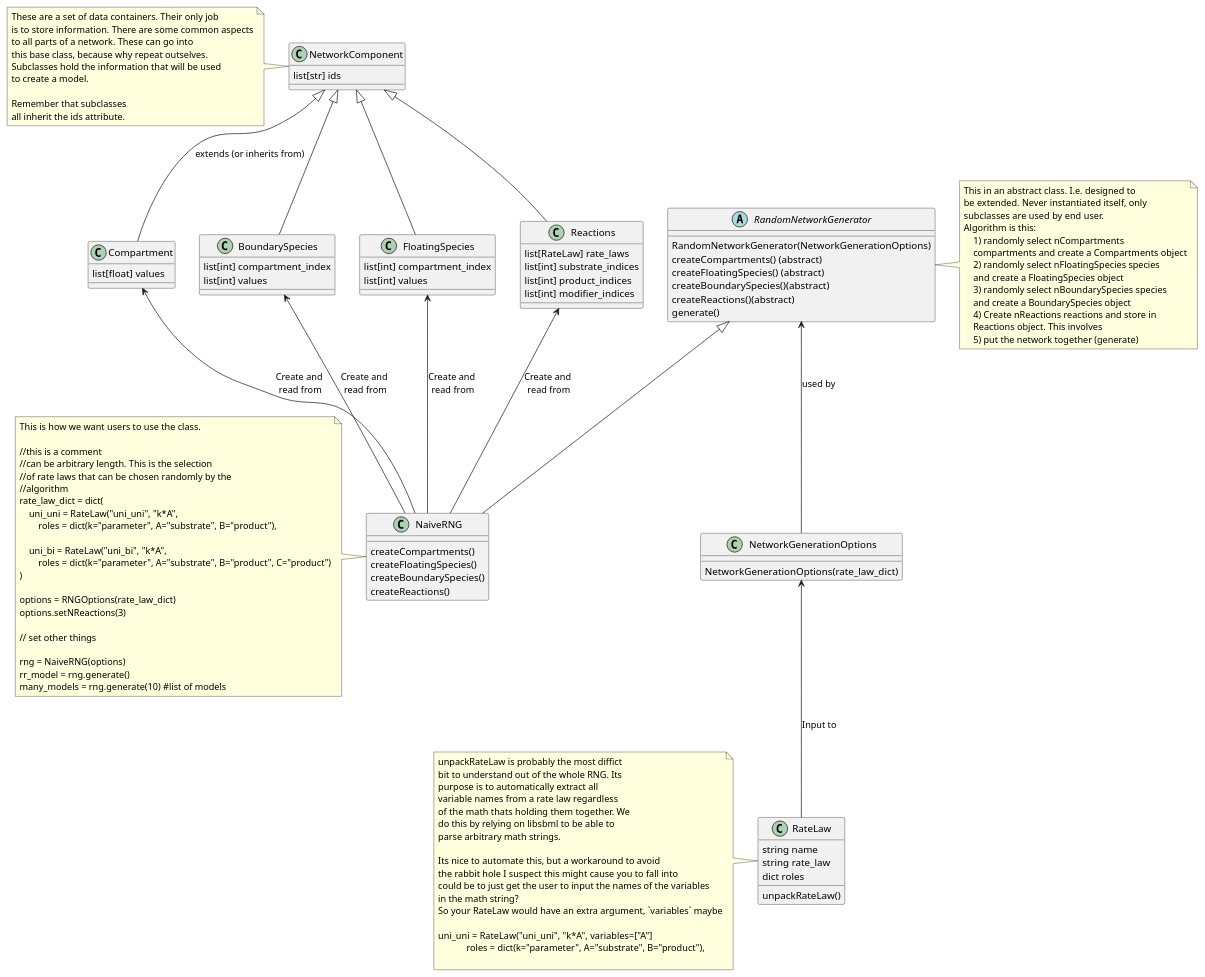
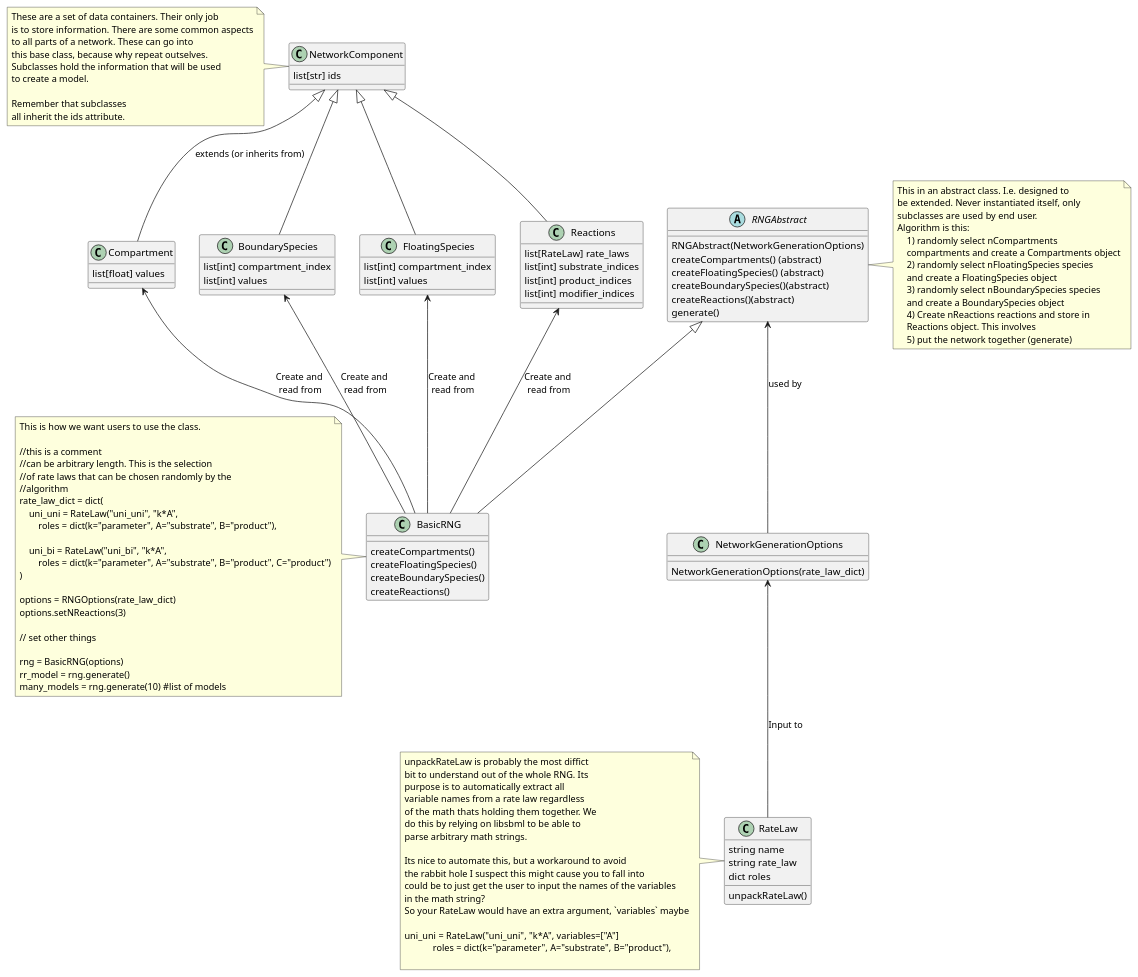
Before and after one commit to CiaranWelsh/EvoGym: the diagram in design/rng_design.puml, drawn with PlantUML. The commit also changed 47 other files, not shown here.

Commit message:
first implementation of random network generator complete. Pybind11 bindings and python tests are complete. Supported features include two random network generators, one that allows duplicate reactions and the other that does not

```diff
--- a/design/rng_design.puml
+++ b/design/rng_design.puml
@@ -1,177 +1,177 @@
 @startuml
 
 
 
 
 class NetworkComponent {
     list[str] ids
 }
 note left of NetworkComponent {
     These are a set of data containers. Their only job
     is to store information. There are some common aspects
     to all parts of a network. These can go into
     this base class, because why repeat outselves.
     Subclasses hold the information that will be used
     to create a model.
 
     Remember that subclasses
     all inherit the ids attribute.
 }
 
 class Compartment {
     list[float] values
 }
 
 class BoundarySpecies {
     list[int] compartment_index
     list[int] values
 }
 
 class FloatingSpecies{
     list[int] compartment_index
     list[int] values
 }
 
 class Reactions {
     list[RateLaw] rate_laws
     list[int] substrate_indices
     list[int] product_indices
     list[int] modifier_indices
 }
 
 NetworkComponent <|-- Compartment :extends (or inherits from)
 NetworkComponent <|-- BoundarySpecies
 NetworkComponent <|-- FloatingSpecies
 NetworkComponent <|-- Reactions
 
 class RateLaw {
     string name
     string rate_law
     dict roles
     unpackRateLaw()
 }
 
 note left of RateLaw {
     unpackRateLaw is probably the most diffict
     bit to understand out of the whole RNG. Its
     purpose is to automatically extract all
     variable names from a rate law regardless
     of the math thats holding them together. We
     do this by relying on libsbml to be able to
     parse arbitrary math strings.
 
     Its nice to automate this, but a workaround to avoid
     the rabbit hole I suspect this might cause you to fall into
     could be to just get the user to input the names of the variables
     in the math string?
     So your RateLaw would have an extra argument, `variables` maybe
 
     uni_uni = RateLaw("uni_uni", "k*A", variables=["A"]
                 roles = dict(k="parameter", A="substrate", B="product"),
 
 }
 
 class NetworkGenerationOptions {
     NetworkGenerationOptions(rate_law_dict)
 }
 
 NetworkGenerationOptions <-- RateLaw : Input to
 
-abstract class RandomNetworkGenerator{
-    RandomNetworkGenerator(NetworkGenerationOptions)
+abstract class RNGAbstract{
+    RNGAbstract(NetworkGenerationOptions)
     createCompartments() (abstract)
     createFloatingSpecies() (abstract)
     createBoundarySpecies()(abstract)
     createReactions()(abstract)
     generate()
 }
 
-RandomNetworkGenerator <-- NetworkGenerationOptions : used by
+RNGAbstract <-- NetworkGenerationOptions : used by
 
-note right of RandomNetworkGenerator {
+note right of RNGAbstract {
     This in an abstract class. I.e. designed to
     be extended. Never instantiated itself, only
     subclasses are used by end user.
     Algorithm is this:
         1) randomly select nCompartments
         compartments and create a Compartments object
         2) randomly select nFloatingSpecies species
         and create a FloatingSpecies object
         3) randomly select nBoundarySpecies species
         and create a BoundarySpecies object
         4) Create nReactions reactions and store in
         Reactions object. This involves
         5) put the network together (generate)
     }
 
-class NaiveRNG {
+class BasicRNG {
     createCompartments()
     createFloatingSpecies()
     createBoundarySpecies()
     createReactions()
 }
 
-RandomNetworkGenerator <|-- NaiveRNG
+RNGAbstract <|-- BasicRNG
 
-note left of NaiveRNG {
+note left of BasicRNG {
     This is how we want users to use the class.
 
     //this is a comment
     //can be arbitrary length. This is the selection
     //of rate laws that can be chosen randomly by the
     //algorithm
     rate_law_dict = dict(
         uni_uni = RateLaw("uni_uni", "k*A",
             roles = dict(k="parameter", A="substrate", B="product"),
 
         uni_bi = RateLaw("uni_bi", "k*A",
             roles = dict(k="parameter", A="substrate", B="product", C="product")
     )
 
     options = RNGOptions(rate_law_dict)
     options.setNReactions(3)
 
     // set other things
 
-    rng = NaiveRNG(options)
+    rng = BasicRNG(options)
     rr_model = rng.generate()
     many_models = rng.generate(10) #list of models
 }
 
-Compartment <-- NaiveRNG : Create and\n read from
+Compartment <-- BasicRNG : Create and\n read from
 
 
-BoundarySpecies <-- NaiveRNG : Create and\n read from
+BoundarySpecies <-- BasicRNG : Create and\n read from
 
 
-FloatingSpecies <-- NaiveRNG : Create and\n read from
+FloatingSpecies <-- BasicRNG : Create and\n read from
 
 
-Reactions <-- NaiveRNG : Create and\n read from
+Reactions <-- BasicRNG : Create and\n read from
 
 
 'abstract class AbstractList
 'abstract AbstractCollection
 'interface List
 'interface Collection
 '
 'List <|-- AbstractList
 'Collection <|-- AbstractCollection
 '
 'Collection <|- List
 'AbstractCollection <|- AbstractList
 'AbstractList <|-- ArrayList
 '
 'class ArrayList {
 'Object[] elementData
 'size()
 '
 '}
 '
 'enum TimeUnit {
 'DAYS
 'HOURS
 'MINUTES
 '}
 
 @enduml
```
